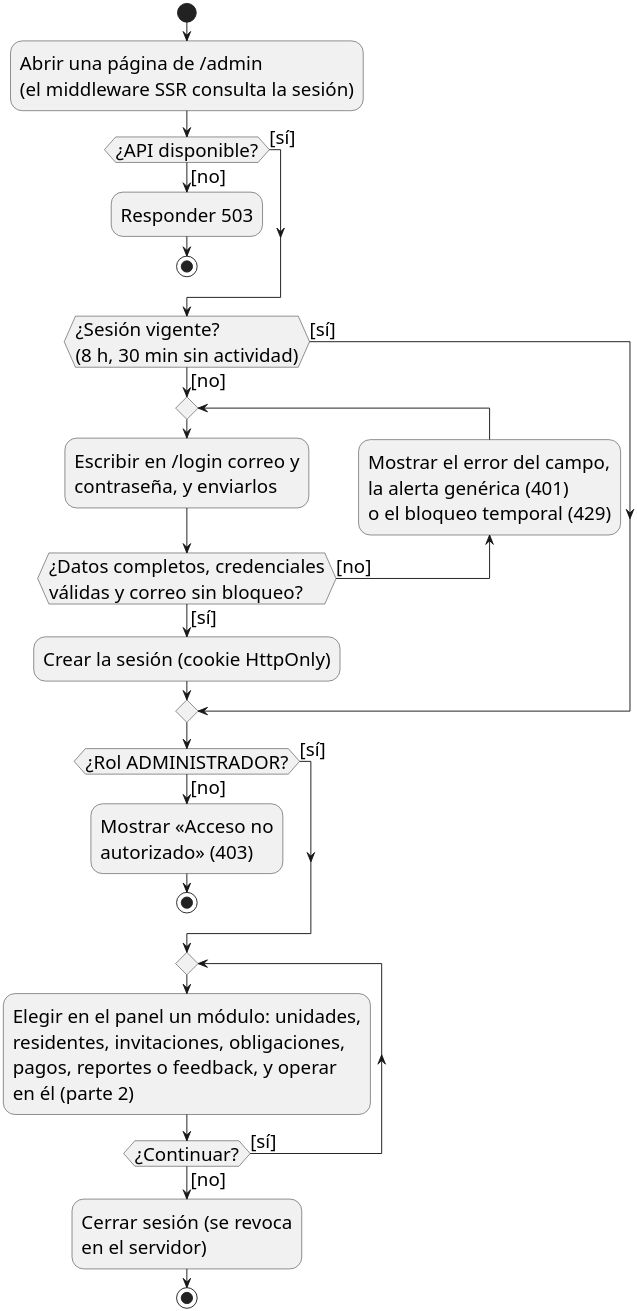
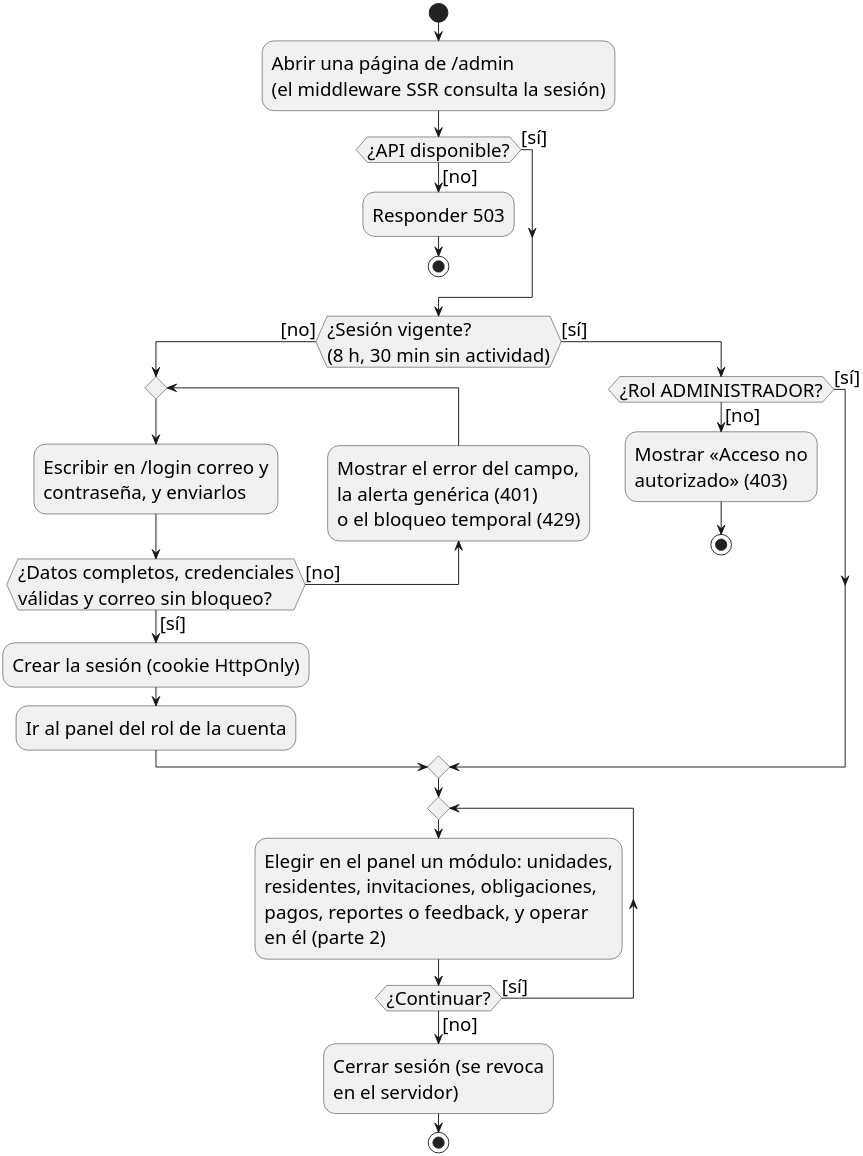
Before and after one commit to yilberDev/SoftPh-Academico: the diagram in docs/entrega-objetivos/actividades/actividades-administrador-parte1.puml, drawn with PlantUML. The commit also changed 12 other files, not shown here.

Commit message:
docs(actividades): alinear diagramas con el control de acceso y el formulario de feedback

```diff
--- a/docs/entrega-objetivos/actividades/actividades-administrador-parte1.puml
+++ b/docs/entrega-objetivos/actividades/actividades-administrador-parte1.puml
@@ -1,47 +1,50 @@
 @startuml
 ' Diagrama de actividades UML del administrador, parte 1 de 2 (Figura 7, DA-01): acceso y
 ' navegación por el panel. La parte 2 detalla la operación de cada módulo.
 ' Flujo tomado del código de la versión v1.1-academico:
 '   frontend/src/middleware.ts y lib/auth/page-access.ts  decisión de acceso de cada página
-'       (503 sin API · redirección a /login sin sesión · 403 con otro rol · página permitida)
+'       (503 sin API · redirección a /login sin sesión · 403 solo con sesión vigente de otro rol ·
+'       página permitida)
 '   lib/auth/roles.ts                                       /admin solo para ADMINISTRADOR; su inicio es /admin
 '   pages/login.astro y lib/auth/login-form.ts             error junto al campo · alerta genérica (401) ·
-'                                                           bloqueo temporal (429) · sesión creada
+'                                                           bloqueo temporal (429) · sesión creada e ida
+'                                                           al panel del rol (homePathForRole)
 '   backend/app/services/auth.py y sessions.py              sesión de 8 h y 30 min de inactividad; logout
 ' El inicio de sesión es un bucle: cualquiera de sus tres rechazos (dato inválido, 401, 429) vuelve a
 ' pedir los datos. Cada decisión tiene sus dos guardas [sí] / [no].
 skinparam dpi 300
 skinparam monochrome true
 skinparam backgroundColor white
 skinparam shadowing false
 skinparam defaultFontName Helvetica
 skinparam defaultFontSize 20
 
 ' Título (no se dibuja; lo pone el pie de figura del informe): Flujo de actividades del administrador (DA-01), parte 1 de 2: acceso y navegación
 
 start
 :Abrir una página de /admin\n(el middleware SSR consulta la sesión);
 if (¿API disponible?) then ([no])
   :Responder 503;
   stop
 else ([sí])
 endif
 if (¿Sesión vigente?\n(8 h, 30 min sin actividad)) then ([no])
   repeat
     :Escribir en /login correo y\ncontraseña, y enviarlos;
   backward:Mostrar el error del campo,\nla alerta genérica (401)\no el bloqueo temporal (429);
   repeat while (¿Datos completos, credenciales\nválidas y correo sin bloqueo?) is ([no]) not ([sí])
   :Crear la sesión (cookie HttpOnly);
+  :Ir al panel del rol de la cuenta;
 else ([sí])
-endif
-if (¿Rol ADMINISTRADOR?) then ([no])
-  :Mostrar «Acceso no\nautorizado» (403);
-  stop
-else ([sí])
+  if (¿Rol ADMINISTRADOR?) then ([no])
+    :Mostrar «Acceso no\nautorizado» (403);
+    stop
+  else ([sí])
+  endif
 endif
 repeat
   :Elegir en el panel un módulo: unidades,\nresidentes, invitaciones, obligaciones,\npagos, reportes o feedback, y operar\nen él (parte 2);
 repeat while (¿Continuar?) is ([sí]) not ([no])
 :Cerrar sesión (se revoca\nen el servidor);
 stop
 @enduml
```
